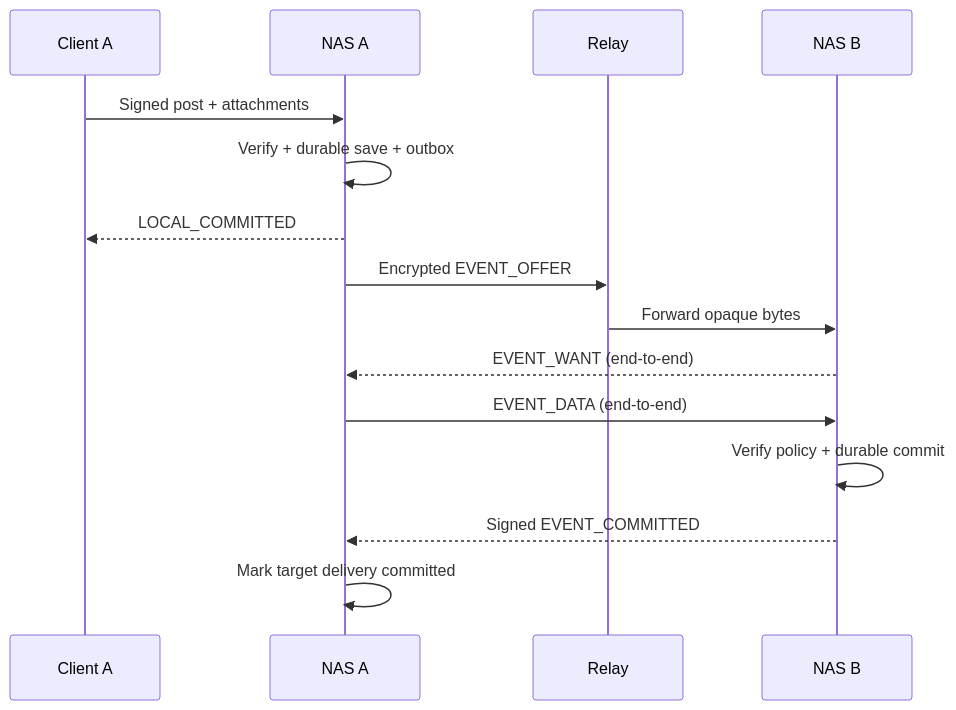
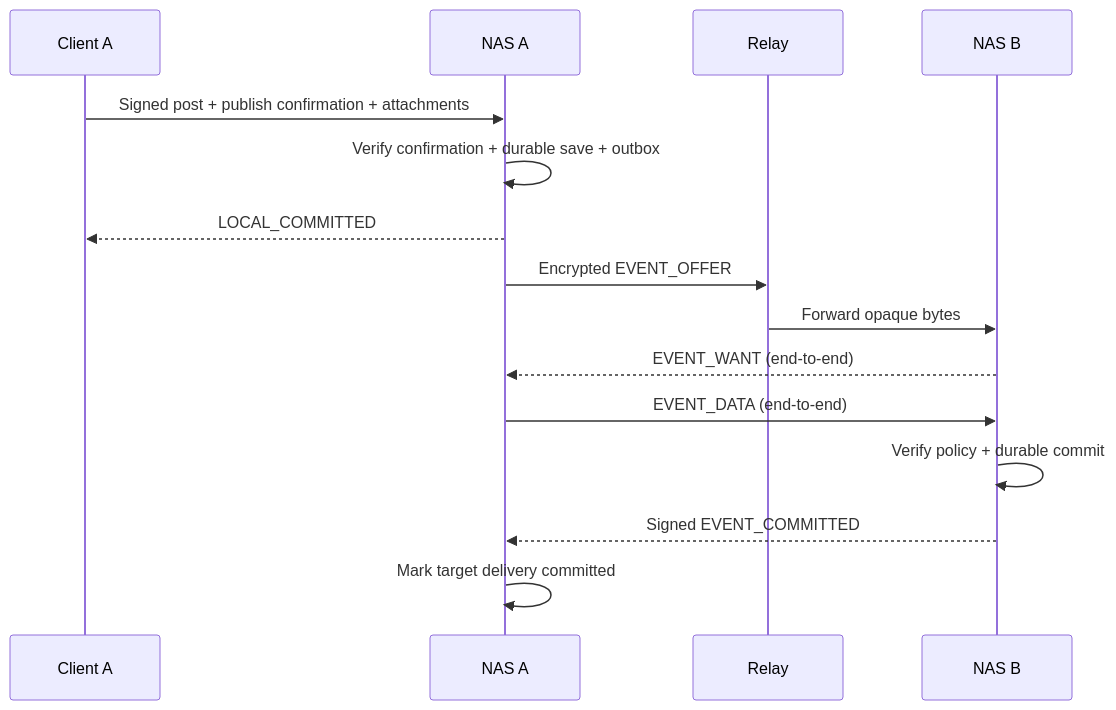
One commit to DeSN-Labs/red-leaves changed the second of 2 diagrams in docs/node-communication-protocol-v0.1.md. Above: the diagram before and after it, drawn with Mermaid. The commit also changed other lines of this file and 65 other files, not shown here.

Commit message:
add push user post publish function

````diff
--- a/docs/node-communication-protocol-v0.1.md
+++ b/docs/node-communication-protocol-v0.1.md
@@ -314,17 +314,17 @@
 ```mermaid
 sequenceDiagram
     participant A as Client A
     participant S as NAS A
     participant R as Relay
     participant T as NAS B
-    A->>S: Signed post + attachments
-    S->>S: Verify + durable save + outbox
+    A->>S: Signed post + publish confirmation + attachments
+    S->>S: Verify confirmation + durable save + outbox
     S-->>A: LOCAL_COMMITTED
     S->>R: Encrypted EVENT_OFFER
     R->>T: Forward opaque bytes
     T-->>S: EVENT_WANT (end-to-end)
     S->>T: EVENT_DATA (end-to-end)
     T->>T: Verify policy + durable commit
     T-->>S: Signed EVENT_COMMITTED
     S->>S: Mark target delivery committed
 ```
````
